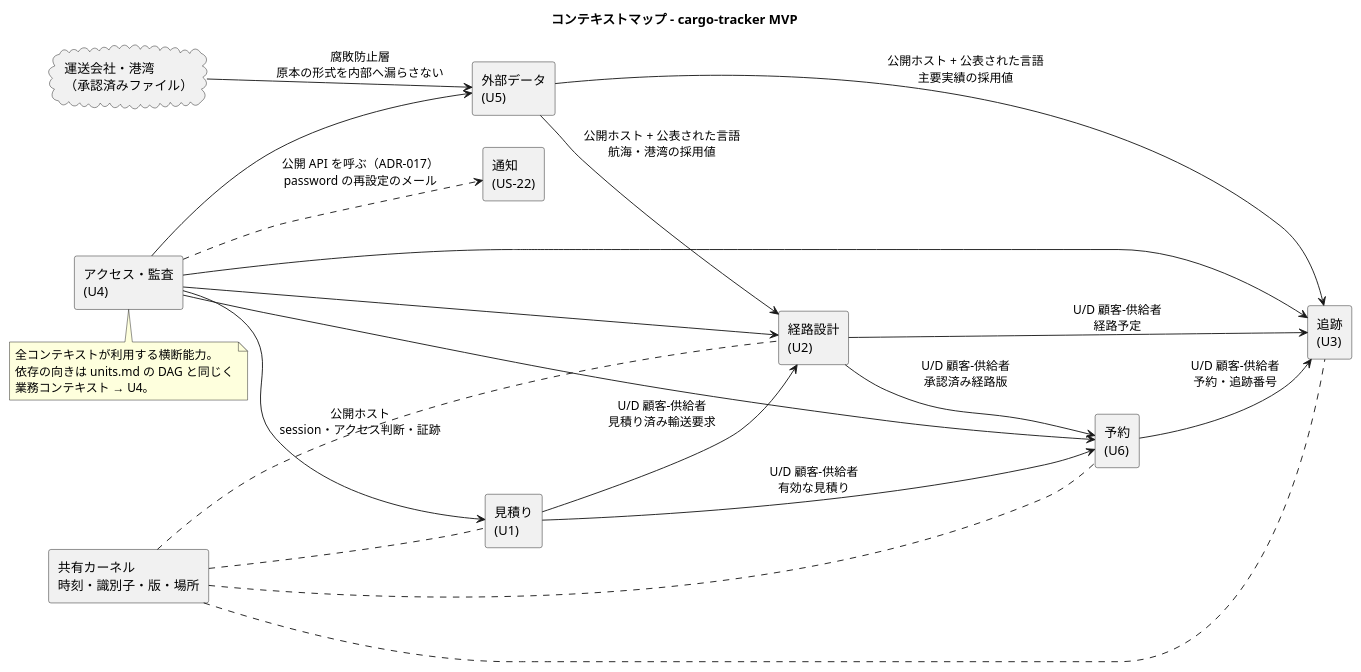
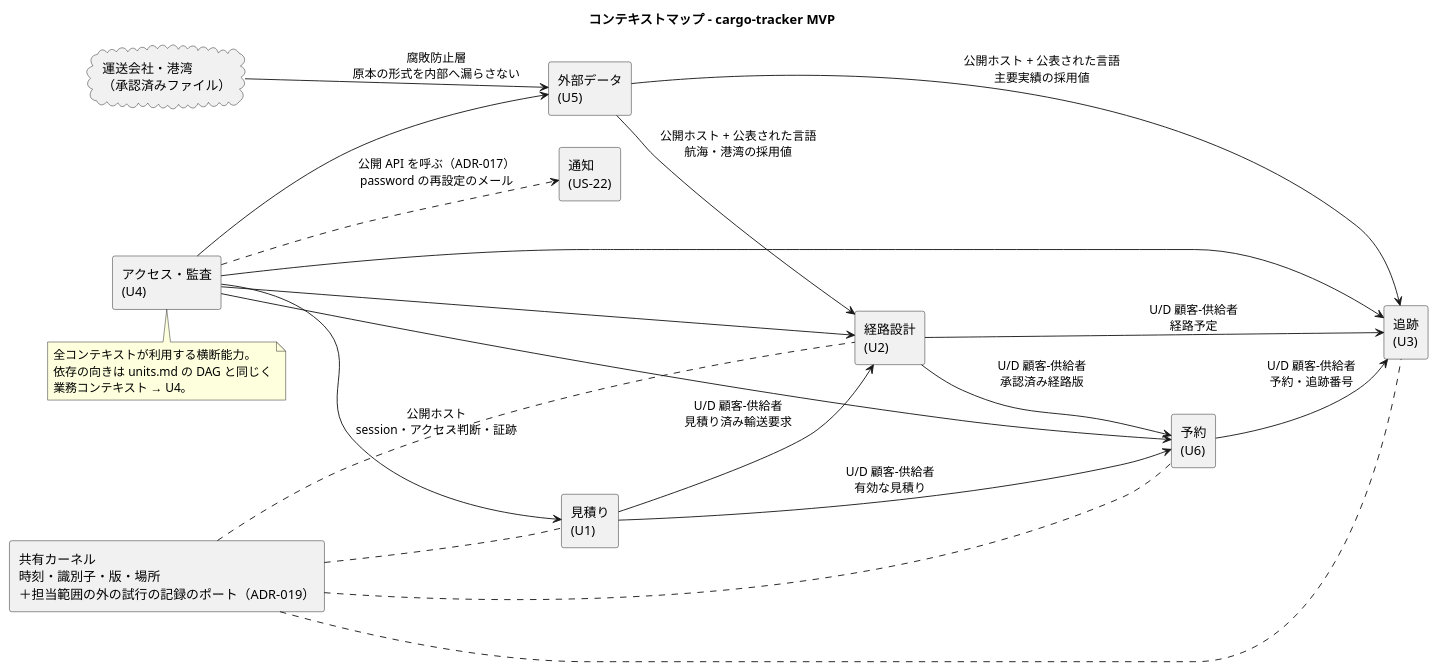
Before and after one commit to k2works/practical-domain-driven-design-in-enterpris-application: the first of 4 diagrams in docs/design/cargo-tracker/architecture_backend.md, drawn with PlantUML. The commit also changed other lines of this file and 120 other files, not shown here.

````diff
--- a/docs/design/cargo-tracker/architecture_backend.md
+++ b/docs/design/cargo-tracker/architecture_backend.md
@@ -79,41 +79,41 @@
 ```plantuml
 @startuml
 title コンテキストマップ - cargo-tracker MVP
 left to right direction
 
 rectangle "見積り\n(U1)" as Q
 rectangle "経路設計\n(U2)" as R
 rectangle "予約\n(U6)" as B
 rectangle "追跡\n(U3)" as T
 rectangle "アクセス・監査\n(U4)" as IA
 rectangle "外部データ\n(U5)" as X
 rectangle "通知\n(US-22)" as N
-rectangle "共有カーネル\n時刻・識別子・版・場所" as SK
+rectangle "共有カーネル\n時刻・識別子・版・場所\n＋担当範囲の外の試行の記録のポート（ADR-019）" as SK
 cloud "運送会社・港湾\n（承認済みファイル）" as EXT
 
 Q --> R : U/D 顧客-供給者\n見積り済み輸送要求
 Q --> B : U/D 顧客-供給者\n有効な見積り
 R --> B : U/D 顧客-供給者\n承認済み経路版
 B --> T : U/D 顧客-供給者\n予約・追跡番号
 R --> T : U/D 顧客-供給者\n経路予定
 X --> R : 公開ホスト + 公表された言語\n航海・港湾の採用値
 X --> T : 公開ホスト + 公表された言語\n主要実績の採用値
 EXT --> X : 腐敗防止層\n原本の形式を内部へ漏らさない
 IA --> Q : 公開ホスト\nsession・アクセス判断・証跡
 IA --> R
 IA --> B
 IA --> T
 IA --> X
 IA ..> N : 公開 API を呼ぶ（ADR-017）\npassword の再設定のメール
 SK .. Q
 SK .. R
 SK .. B
 SK .. T
 
 note bottom of IA
   全コンテキストが利用する横断能力。
   依存の向きは units.md の DAG と同じく
   業務コンテキスト → U4。
 end note
 @enduml
 ```
````
